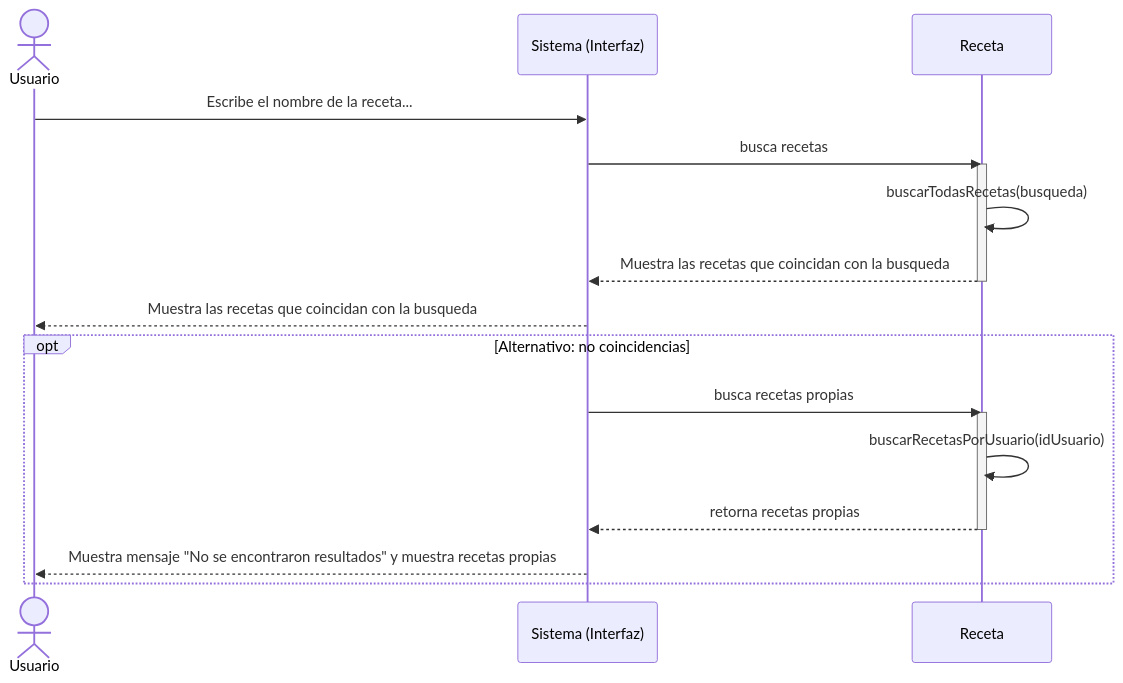
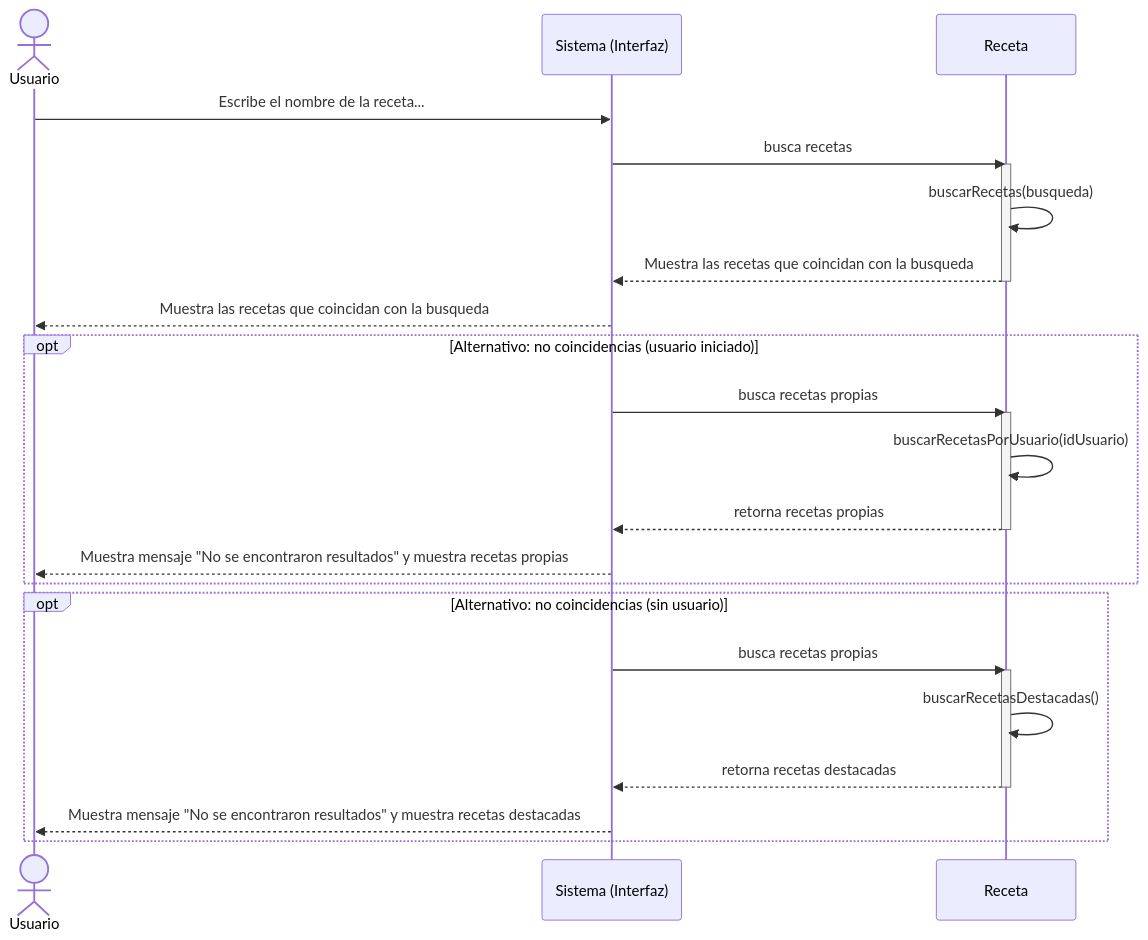
Before and after one commit to Lautarojpg/Sistema_Recetas: the second of 3 diagrams in diagramas_secuencia.md, drawn with Mermaid. The commit also changed other lines of this file and 10 other files, not shown here.

````diff
--- a/diagramas_secuencia.md
+++ b/diagramas_secuencia.md
@@ -39,26 +40,36 @@
 ```mermaid
 sequenceDiagram
     actor Usuario
     participant Sistema as Sistema (Interfaz)
     participant Receta
 
     %% Hack para bajar la flecha: agregar un salto de linea transparente
     Usuario->>Sistema: Escribe el nombre de la receta...
     Sistema->>Receta: busca recetas
     activate Receta
-    Receta->>Receta: buscarTodasRecetas(busqueda)
+    Receta->>Receta: buscarRecetas(busqueda)
     Receta-->>Sistema: Muestra las recetas que coincidan con la busqueda
     deactivate Receta
     Sistema-->>Usuario: Muestra las recetas que coincidan con la busqueda
 
-    opt Alternativo: no coincidencias
+    opt Alternativo: no coincidencias (usuario iniciado)
         
         Sistema->>Receta: busca recetas propias
         activate Receta
         Receta->>Receta: buscarRecetasPorUsuario(idUsuario)
         Receta-->>Sistema: retorna recetas propias
         deactivate Receta
         
         Sistema-->>Usuario: Muestra mensaje "No se encontraron resultados" y muestra recetas propias
     end
+
+    opt Alternativo: no coincidencias (sin usuario)
+
+        Sistema->>Receta: busca recetas propias
+        activate Receta
+        Receta->>Receta: buscarRecetasDestacadas()
+        Receta-->>Sistema: retorna recetas destacadas
+        deactivate Receta
+        Sistema-->>Usuario: Muestra mensaje "No se encontraron resultados" y muestra recetas destacadas
+    end
 ```
````
